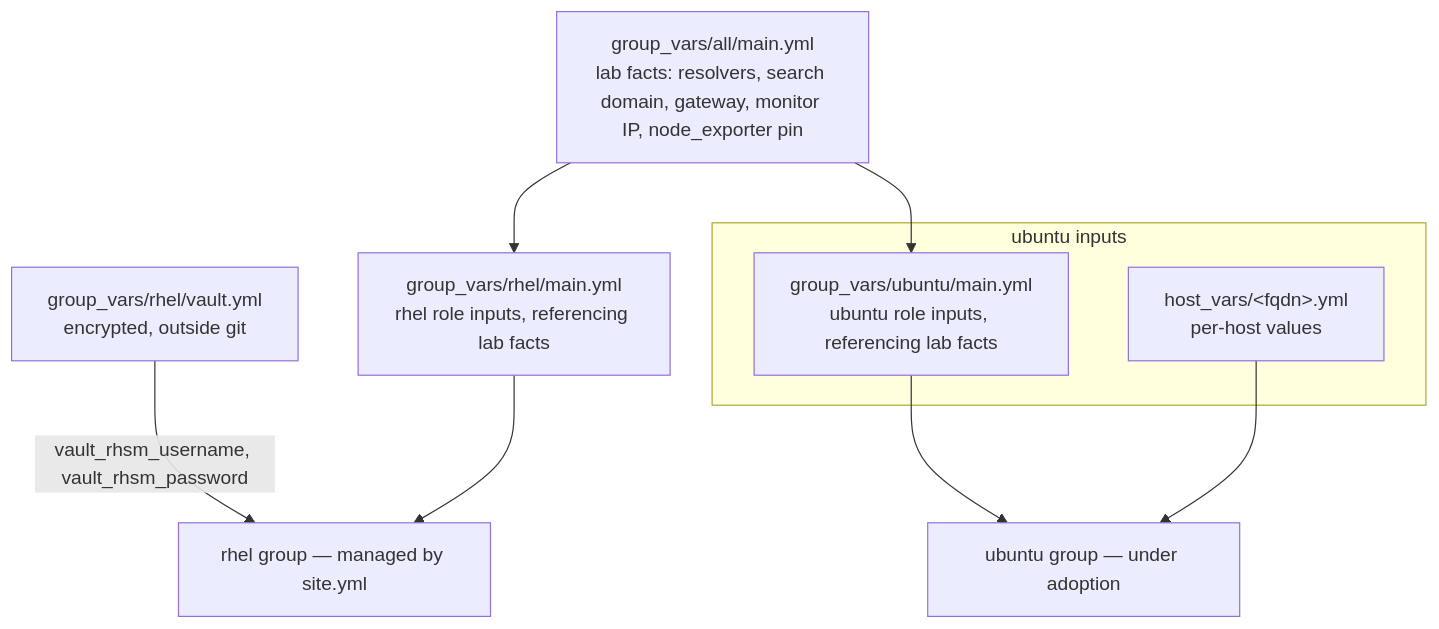
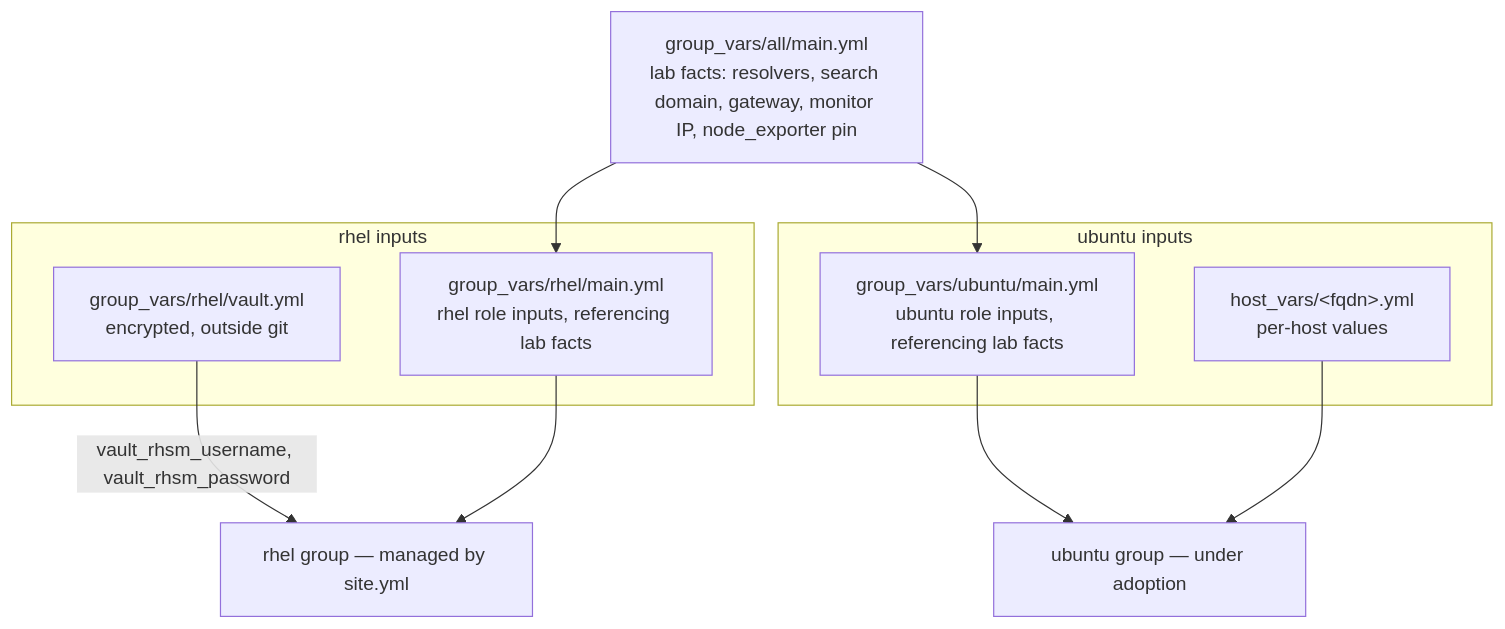
One commit to eugeneivanov-dev/ansible changed the diagram in README.md. Above: the diagram before and after it, drawn with Mermaid. The commit also changed other lines of this file, not shown here.

Commit message:
README: rhel inputs subgraph, package baseline table

````diff
--- a/README.md
+++ b/README.md
@@ -41,21 +41,24 @@
 ```mermaid
 flowchart TB
-    vault["group_vars/rhel/vault.yml<br/>encrypted, outside git"]
     lab_facts["group_vars/all/main.yml<br/>lab facts: resolvers, search domain, gateway, monitor IP, node_exporter pin"]
-    rhel_vars["group_vars/rhel/main.yml<br/>rhel role inputs, referencing lab facts"]
+
+    subgraph rhel_inputs["rhel inputs"]
+        vault["group_vars/rhel/vault.yml<br/>encrypted, outside git"]
+        rhel_vars["group_vars/rhel/main.yml<br/>rhel role inputs, referencing lab facts"]
+    end
 
     subgraph ubuntu_inputs["ubuntu inputs"]
         ubuntu_vars["group_vars/ubuntu/main.yml<br/>ubuntu role inputs, referencing lab facts"]
         host_vars["host_vars/&lt;fqdn&gt;.yml<br/>per-host values"]
     end
 
     rhel["rhel group — managed by site.yml"]
     ubuntu["ubuntu group — under adoption"]
 
     vault -- "vault_rhsm_username, vault_rhsm_password" --> rhel
     lab_facts --> rhel_vars
     lab_facts --> ubuntu_vars
     rhel_vars --> rhel
     ubuntu_vars --> ubuntu
     host_vars --> ubuntu
 ```
````
